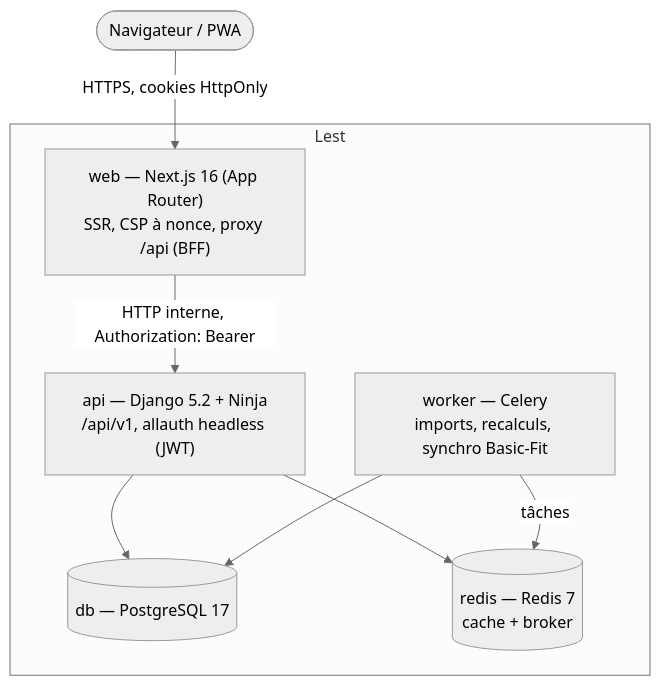
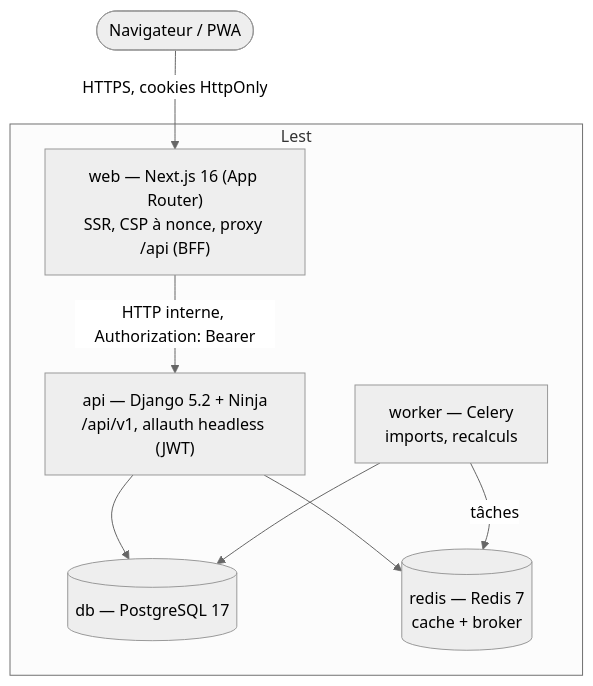
One commit to AntoineCvlz/lest changed the second of 2 diagrams in docs/architecture.md. Above: the diagram before and after it, drawn with Mermaid (neutral theme). The commit also changed other lines of this file and 52 other files, not shown here.

First line of the commit message:
refactor: remove the Basic-Fit integration (#155)

````diff
--- a/docs/architecture.md
+++ b/docs/architecture.md
@@ -26,19 +24,19 @@
 ```mermaid
 flowchart TB
     browser(["Navigateur / PWA"])
 
     subgraph lest["Lest"]
         web["web — Next.js 16 (App Router)<br/>SSR, CSP à nonce, proxy /api (BFF)"]
         api["api — Django 5.2 + Ninja<br/>/api/v1, allauth headless (JWT)"]
-        worker["worker — Celery<br/>imports, recalculs, synchro Basic-Fit"]
+        worker["worker — Celery<br/>imports, recalculs"]
         db[("db — PostgreSQL 17")]
         redis[("redis — Redis 7<br/>cache + broker")]
     end
 
     browser -- "HTTPS, cookies HttpOnly" --> web
     web -- "HTTP interne, Authorization: Bearer" --> api
     api --> db
     api --> redis
     worker -- "tâches" --> redis
     worker --> db
 ```
````
